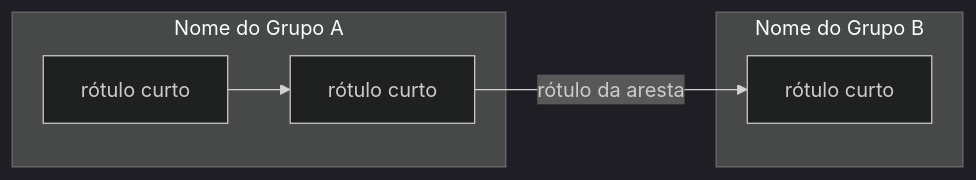
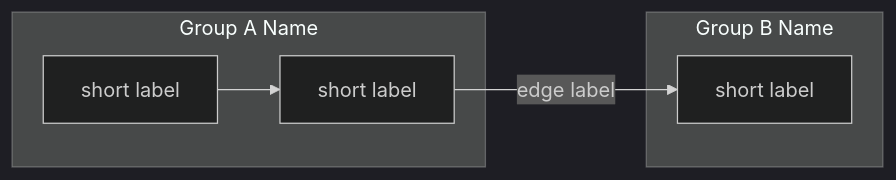
Before and after one commit to leofdss/stem-loft: the first of 2 diagrams in .claude/skills/canvas-to-mermaid/SKILL.md, drawn with Mermaid (dark theme). The commit also changed other lines of this file and 26 other files, not shown here.

````diff
--- a/.claude/skills/canvas-to-mermaid/SKILL.md
+++ b/.claude/skills/canvas-to-mermaid/SKILL.md
@@ -169,14 +182,14 @@
 ```mermaid
 flowchart LR
-    subgraph GRUPO_A_ID["Nome do Grupo A"]
-        NODE1["rótulo curto"]
-        NODE2["rótulo curto"]
+    subgraph GROUP_A_ID["Group A Name"]
+        NODE1["short label"]
+        NODE2["short label"]
     end
 
-    subgraph GRUPO_B_ID["Nome do Grupo B"]
-        NODE3["rótulo curto"]
+    subgraph GROUP_B_ID["Group B Name"]
+        NODE3["short label"]
     end
 
     NODE1 --> NODE2
-    NODE2 -- "rótulo da aresta" --> NODE3
+    NODE2 -- "edge label" --> NODE3
 ```
````
